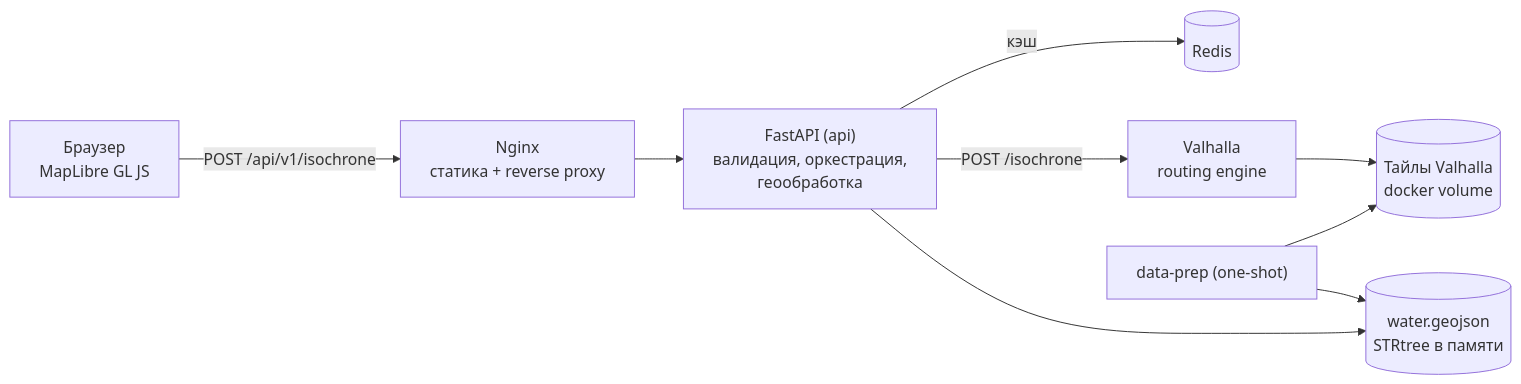
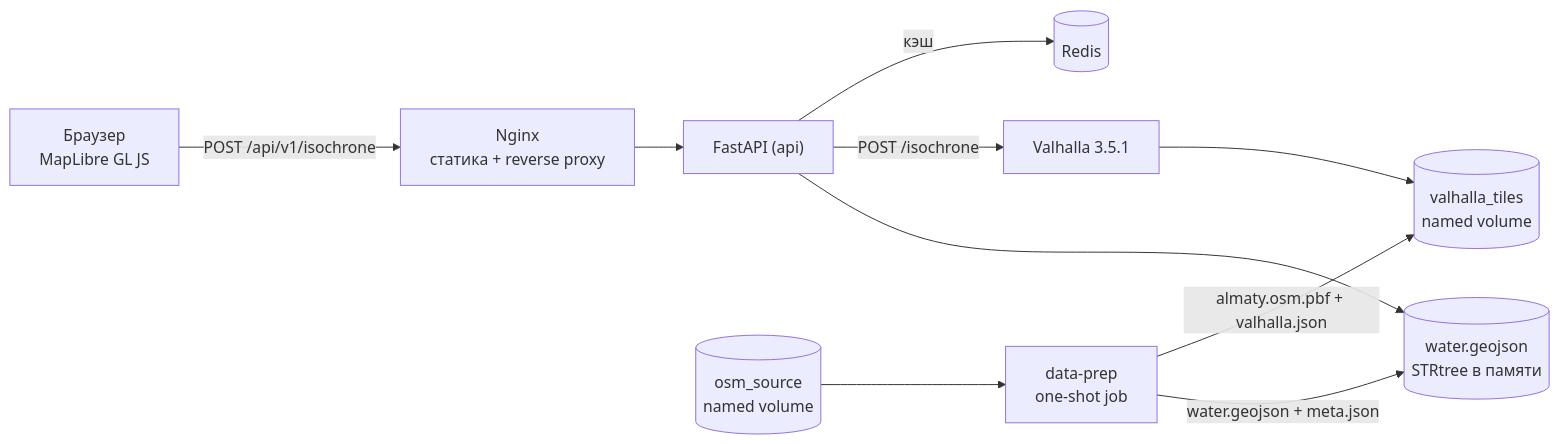
The diagram in README.md (gliedabrennung/isochrone_service), drawn with Mermaid before and after one commit. The commit also changed other lines of this file and 5 other files, not shown here.

````diff
--- a/README.md
+++ b/README.md
@@ -366,11 +392,12 @@
 ```mermaid
 flowchart LR
     U["Браузер<br/>MapLibre GL JS"] -->|"POST /api/v1/isochrone"| N["Nginx<br/>статика + reverse proxy"]
-    N --> A["FastAPI (api)<br/>валидация, оркестрация,<br/>геообработка"]
+    N --> A["FastAPI (api)"]
     A -->|"кэш"| R[("Redis")]
-    A -->|"POST /isochrone"| V["Valhalla<br/>routing engine"]
-    V --> T[("Тайлы Valhalla<br/>docker volume")]
+    A -->|"POST /isochrone"| V["Valhalla 3.5.1"]
+    V --> T[("valhalla_tiles<br/>named volume")]
     A --> W[("water.geojson<br/>STRtree в памяти")]
-    D["data-prep (one-shot)"] --> T
-    D --> W
+    D["data-prep<br/>one-shot job"] -->|"almaty.osm.pbf + valhalla.json"| T
+    D -->|"water.geojson + meta.json"| W
+    S[("osm_source<br/>named volume")] --> D
 ```
````
